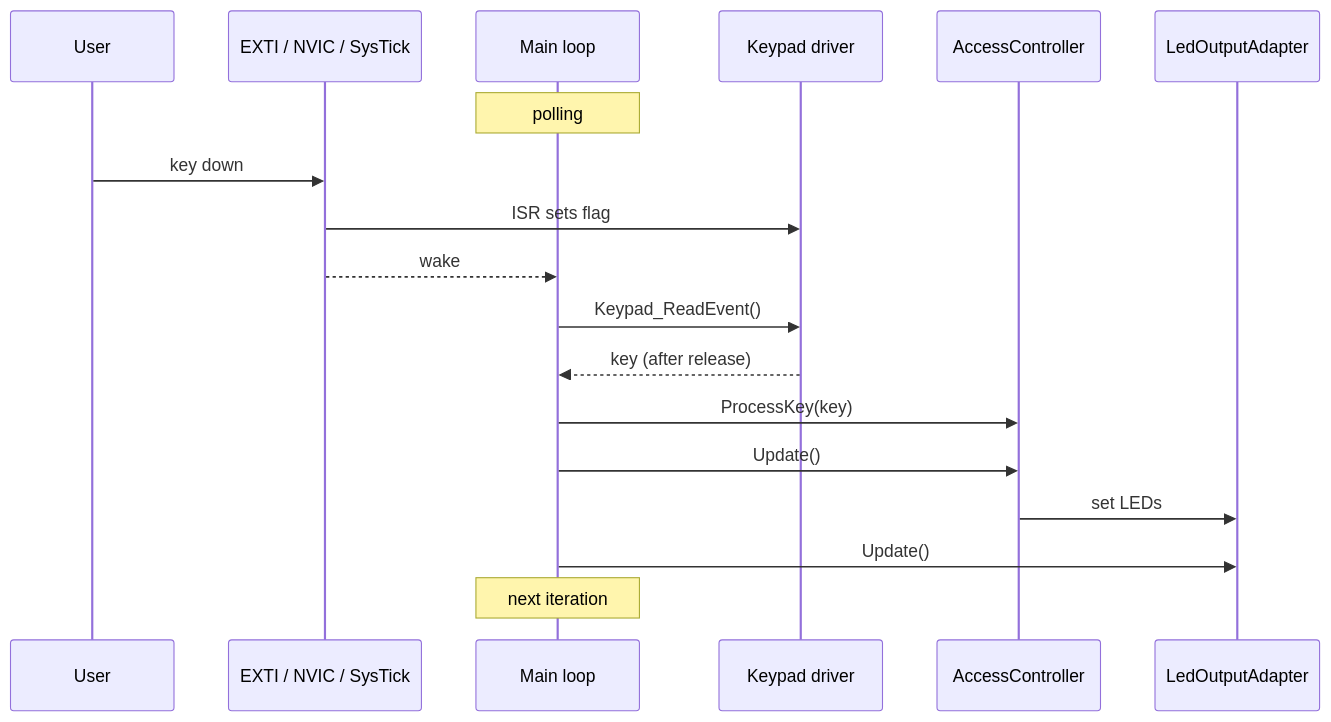
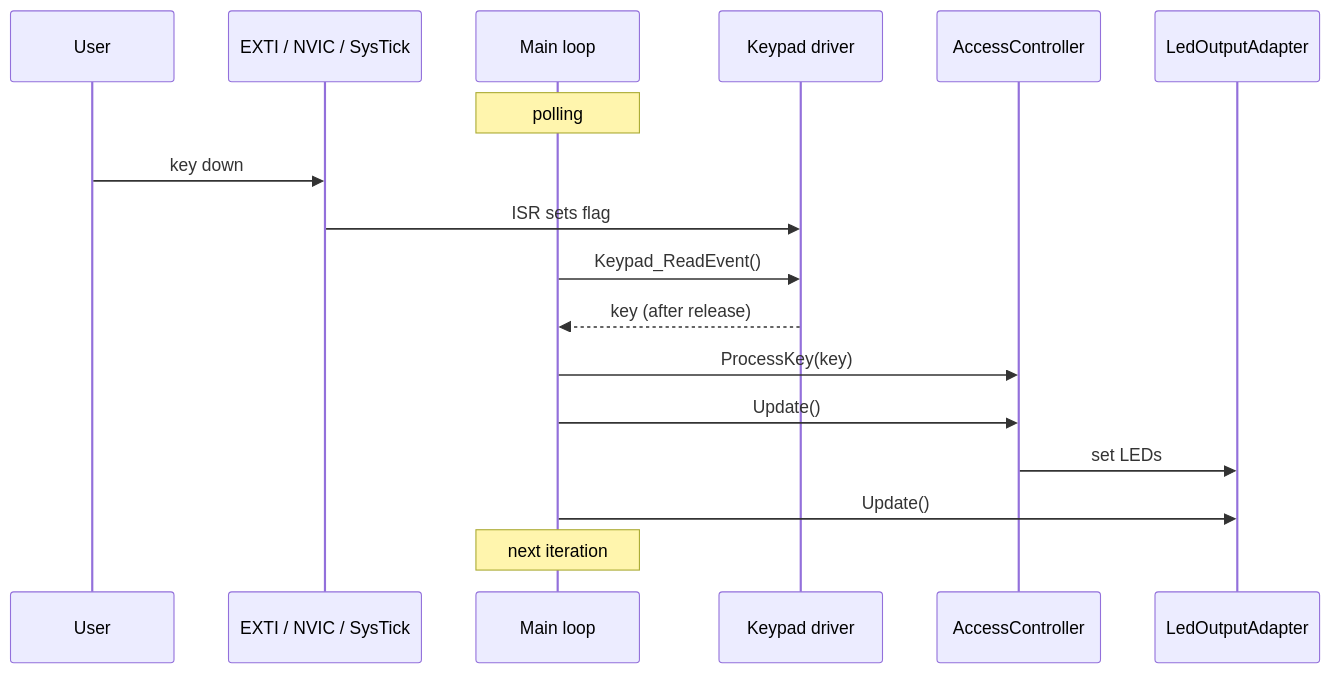
The third of 7 diagrams in Docs/03-design.md (koenigr/stm32f407-register-level-access-control), drawn with Mermaid before and after one commit.

Commit message:
Fix wfi hallucination

````diff
--- a/Docs/03-design.md
+++ b/Docs/03-design.md
@@ -302,21 +302,20 @@
 ```mermaid
 sequenceDiagram
     participant U as User
     participant HW as EXTI / NVIC / SysTick
     participant ML as Main loop
     participant KD as Keypad driver
     participant AC as AccessController
     participant LA as LedOutputAdapter
 
     Note over ML: polling
     U->>HW: key down
     HW->>KD: ISR sets flag
-    HW-->>ML: wake
     ML->>KD: Keypad_ReadEvent()
     KD-->>ML: key (after release)
     ML->>AC: ProcessKey(key)
     ML->>AC: Update()
     AC->>LA: set LEDs
     ML->>LA: Update()
     Note over ML: next iteration
 ```
````
